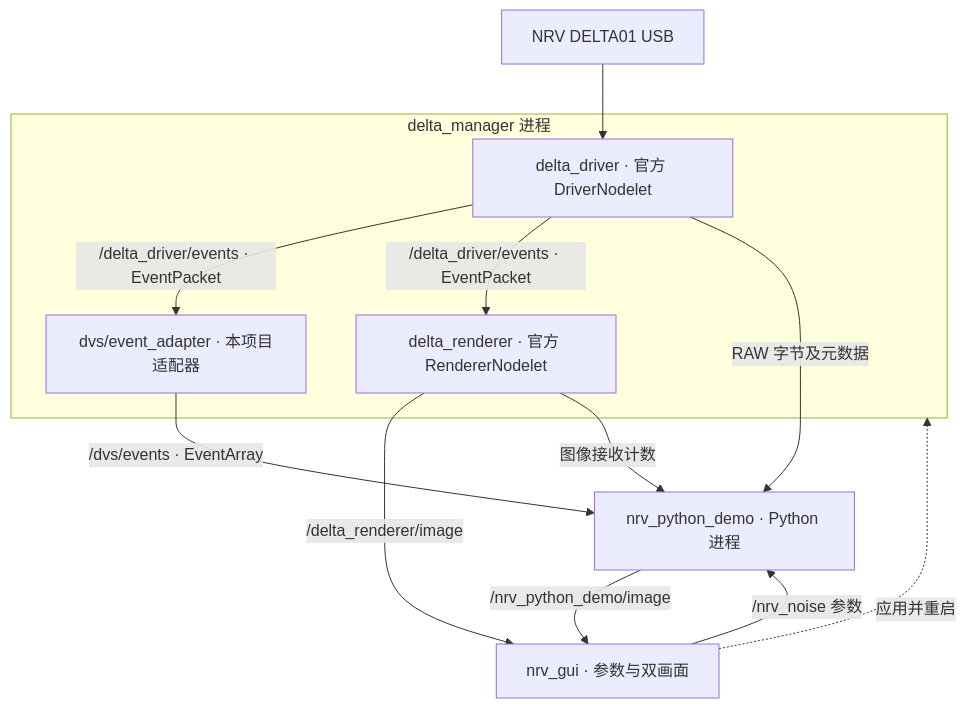
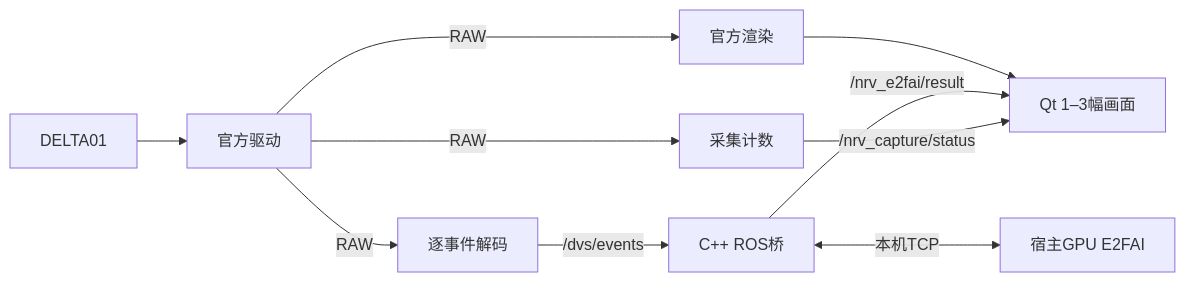
One commit to lixiang-moss/NRV_Demo changed the diagram in README.zh-CN.md. Above: the diagram before and after it, drawn with Mermaid. The commit also changed other lines of this file and 50 other files, not shown here.

Commit message:
Integrate E2FAI demo with 250 ms windows and 1 GiB input FIFO

````diff
--- a/README.zh-CN.md
+++ b/README.zh-CN.md
@@ -75,18 +71,12 @@
 ```mermaid
-flowchart TD
-    Camera[NRV DELTA01 USB] --> Driver
-    subgraph Manager[delta_manager 进程]
-      Driver[delta_driver · 官方 DriverNodelet]
-      Adapter[dvs/event_adapter · 本项目适配器]
-      Renderer[delta_renderer · 官方 RendererNodelet]
-      Driver -->|/delta_driver/events · EventPacket| Adapter
-      Driver -->|/delta_driver/events · EventPacket| Renderer
-    end
-    Driver -->|RAW 字节及元数据| Python[nrv_python_demo · Python 进程]
-    Adapter -->|/dvs/events · EventArray| Python
-    Renderer -->|/delta_renderer/image| GUI[nrv_gui · 参数与双画面]
-    Renderer -->|图像接收计数| Python
-    Python -->|/nrv_python_demo/image| GUI
-    GUI -->|/nrv_noise 参数| Python
-    GUI -. 应用并重启 .-> Manager
+flowchart LR
+  Camera[DELTA01] --> Driver[官方驱动]
+  Driver -->|RAW| Renderer[官方渲染]
+  Driver -->|RAW| Adapter[逐事件解码]
+  Driver -->|RAW| Monitor[采集计数]
+  Adapter -->|/dvs/events| Bridge[C++ ROS桥]
+  Bridge <-->|本机TCP| Model[宿主GPU E2FAI]
+  Renderer --> GUI[Qt 1–3幅画面]
+  Bridge -->|/nrv_e2fai/result| GUI
+  Monitor -->|/nrv_capture/status| GUI
 ```
````
